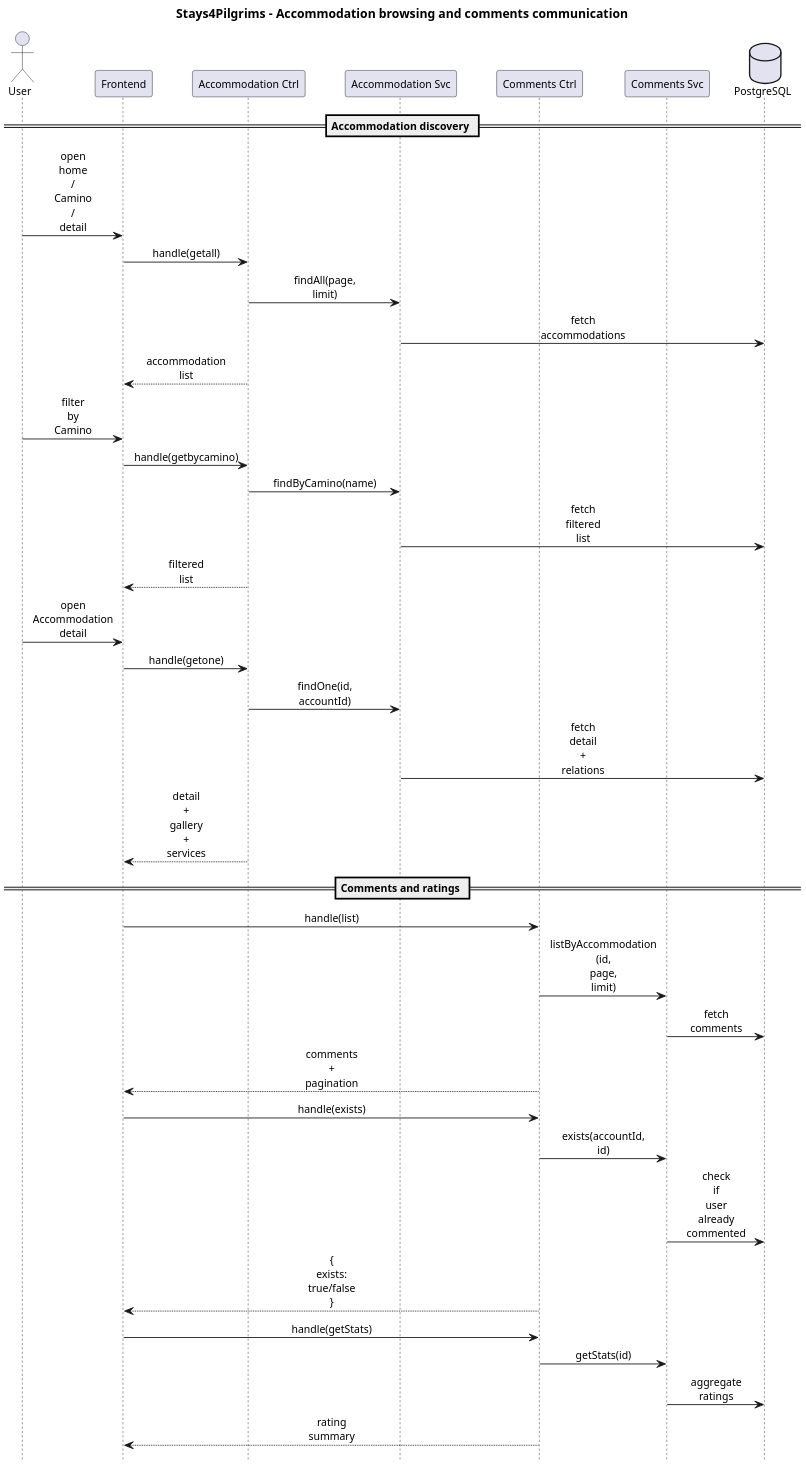
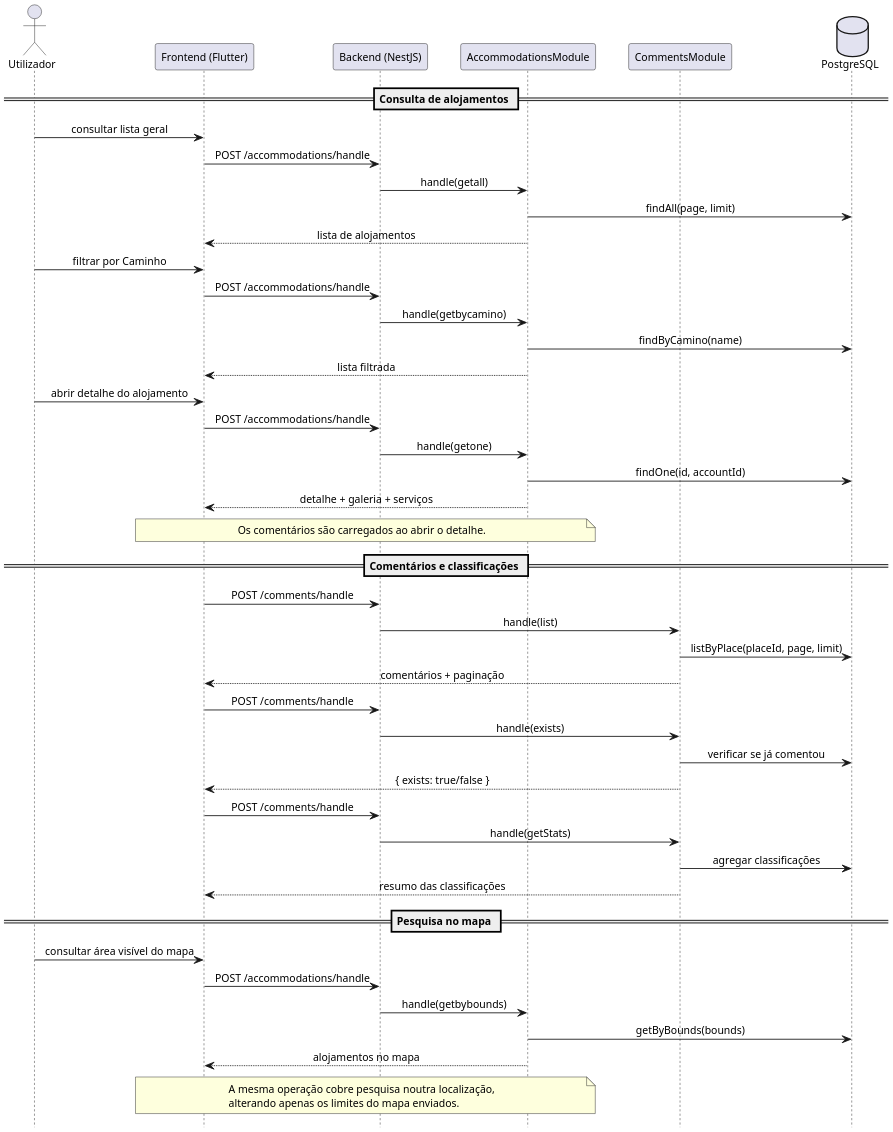
Before and after one commit to alegna83/cookbook-be: the diagram in docs/diagrams/communication-accommodation-flow.puml, drawn with PlantUML. The commit also changed 1 other file, not shown here.

Commit message:
communication-accommodation-flow

```diff
--- a/docs/diagrams/communication-accommodation-flow.puml
+++ b/docs/diagrams/communication-accommodation-flow.puml
@@ -1,60 +1,75 @@
 @startuml
-title Stays4Pilgrims - Accommodation browsing and comments communication
 hide footbox
 skinparam defaultFontName Arial
 skinparam defaultFontSize 12
 skinparam dpi 190
-skinparam maxMessageSize 22
+skinparam maxMessageSize 240
 skinparam sequence {
-	ParticipantPadding 18
-	BoxPadding 12
-	MessageAlign center
-	ArrowThickness 1
+  ParticipantPadding 14
+  BoxPadding 8
+  MessageAlign center
+  ArrowThickness 1
 }
 
-actor User
-participant "Frontend" as FE
-participant "Accommodation Ctrl" as AccommodationController
-participant "Accommodation Svc" as AccommodationService
-participant "Comments Ctrl" as CommentsController
-participant "Comments Svc" as CommentsService
+actor Utilizador
+participant "Frontend (Flutter)" as FE
+participant "Backend (NestJS)" as BE
+participant "AccommodationsModule" as AccommodationsModule
+participant "CommentsModule" as CommentsModule
 database "PostgreSQL" as DB
 
-== Accommodation discovery ==
+== Consulta de alojamentos ==
 
-User -> FE : open home / Camino / detail
-FE -> AccommodationController : handle(getall)
-AccommodationController -> AccommodationService : findAll(page, limit)
-AccommodationService -> DB : fetch accommodations
-AccommodationController --> FE : accommodation list
+Utilizador -> FE : consultar lista geral
+FE -> BE : POST /accommodations/handle
+BE -> AccommodationsModule : handle(getall)
+AccommodationsModule -> DB : findAll(page, limit)
+AccommodationsModule --> FE : lista de alojamentos
 
-User -> FE : filter by Camino
-FE -> AccommodationController : handle(getbycamino)
-AccommodationController -> AccommodationService : findByCamino(name)
-AccommodationService -> DB : fetch filtered list
-AccommodationController --> FE : filtered list
+Utilizador -> FE : filtrar por Caminho
+FE -> BE : POST /accommodations/handle
+BE -> AccommodationsModule : handle(getbycamino)
+AccommodationsModule -> DB : findByCamino(name)
+AccommodationsModule --> FE : lista filtrada
 
-User -> FE : open Accommodation detail
-FE -> AccommodationController : handle(getone)
-AccommodationController -> AccommodationService : findOne(id, accountId)
-AccommodationService -> DB : fetch detail + relations
-AccommodationController --> FE : detail + gallery + services
+Utilizador -> FE : abrir detalhe do alojamento
+FE -> BE : POST /accommodations/handle
+BE -> AccommodationsModule : handle(getone)
+AccommodationsModule -> DB : findOne(id, accountId)
+AccommodationsModule --> FE : detalhe + galeria + serviços
 
-== Comments and ratings ==
+note over FE,AccommodationsModule
+  Os comentários são carregados ao abrir o detalhe.
+end note
 
-FE -> CommentsController : handle(list)
-CommentsController -> CommentsService : listByAccommodation\n(id, page, limit)
-CommentsService -> DB : fetch comments
-CommentsController --> FE : comments + pagination
+== Comentários e classificações ==
 
-FE -> CommentsController : handle(exists)
-CommentsController -> CommentsService : exists(accountId, id)
-CommentsService -> DB : check if user already commented
-CommentsController --> FE : { exists: true/false }
+FE -> BE : POST /comments/handle
+BE -> CommentsModule : handle(list)
+CommentsModule -> DB : listByPlace(placeId, page, limit)
+CommentsModule --> FE : comentários + paginação
 
-FE -> CommentsController : handle(getStats)
-CommentsController -> CommentsService : getStats(id)
-CommentsService -> DB : aggregate ratings
-CommentsController --> FE : rating summary
+FE -> BE : POST /comments/handle
+BE -> CommentsModule : handle(exists)
+CommentsModule -> DB : verificar se já comentou
+CommentsModule --> FE : { exists: true/false }
+
+FE -> BE : POST /comments/handle
+BE -> CommentsModule : handle(getStats)
+CommentsModule -> DB : agregar classificações
+CommentsModule --> FE : resumo das classificações
+
+== Pesquisa no mapa ==
+
+Utilizador -> FE : consultar área visível do mapa
+FE -> BE : POST /accommodations/handle
+BE -> AccommodationsModule : handle(getbybounds)
+AccommodationsModule -> DB : getByBounds(bounds)
+AccommodationsModule --> FE : alojamentos no mapa
+
+note over FE,AccommodationsModule
+  A mesma operação cobre pesquisa noutra localização,
+  alterando apenas os limites do mapa enviados.
+end note
 
 @enduml
```
